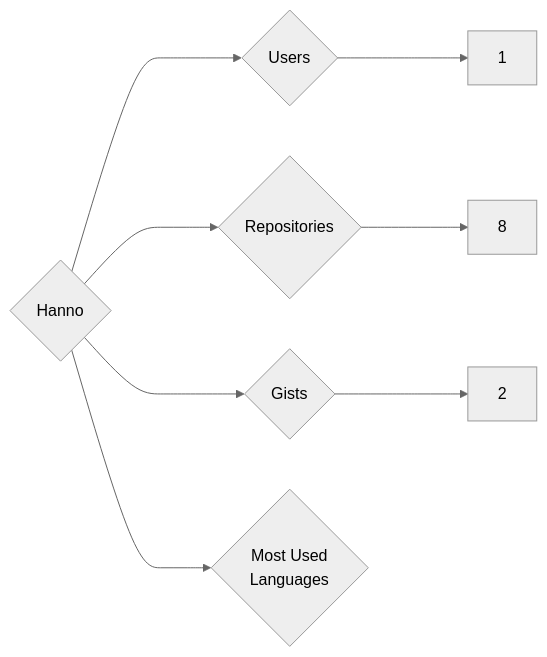
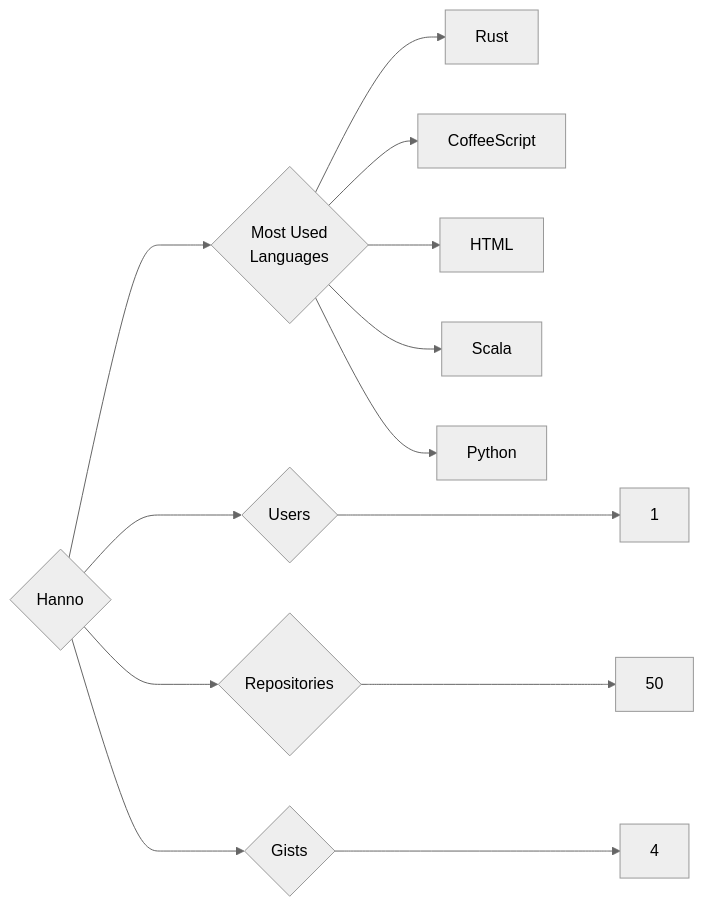
The diagram in targets/Hanno/README.md (trickest/insiders), drawn with Mermaid (neutral theme) before and after one commit. The commit also changed 935 other files, not shown here.

````diff
--- a/targets/Hanno/README.md
+++ b/targets/Hanno/README.md
@@ -3,8 +3,13 @@
 ```mermaid
 graph LR
 COMPANY_NAME{Hanno}
 COMPANY_NAME ---> U{Users} ---> UN[1]
-COMPANY_NAME ---> R{Repositories} ---> RN[8]
-COMPANY_NAME ---> G{Gists} ---> GN[2]
+COMPANY_NAME ---> R{Repositories} ---> RN[50]
+COMPANY_NAME ---> G{Gists} ---> GN[4]
 COMPANY_NAME ---> ML{Most Used<br>Languages}
+ML --> Rust[Rust]
+ML --> CoffeeScript[CoffeeScript]
+ML --> HTML[HTML]
+ML --> Scala[Scala]
+ML --> Python[Python]
 ```
````
